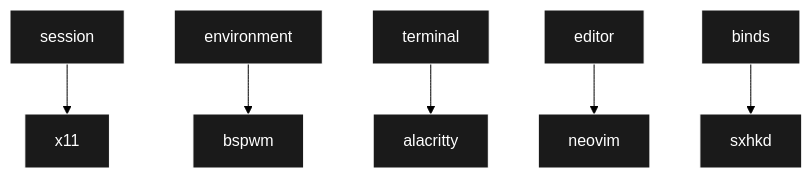
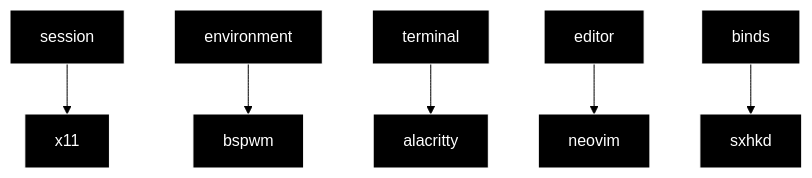
One commit to driversline/dotfiles changed the diagram in README.md. Above: the diagram before and after it, drawn with Mermaid (forest theme).

Commit message:
README.md

````diff
--- a/README.md
+++ b/README.md
@@ -1,9 +1,9 @@
 ```mermaid
 graph TD;
-    classDef default fill:#1a1a1a,stroke:#fff,stroke-width:1px,color:#fff,shadow:0px 0px 10px #fff,font-size:16px,font-family:Arial;
+    classDef default fill:#000,stroke:#fff,stroke-width:1px,color:#fff;
     session-->x11;
     environment-->bspwm;
     terminal-->alacritty;
     editor-->neovim;
     binds-->sxhkd;
 ```
````
